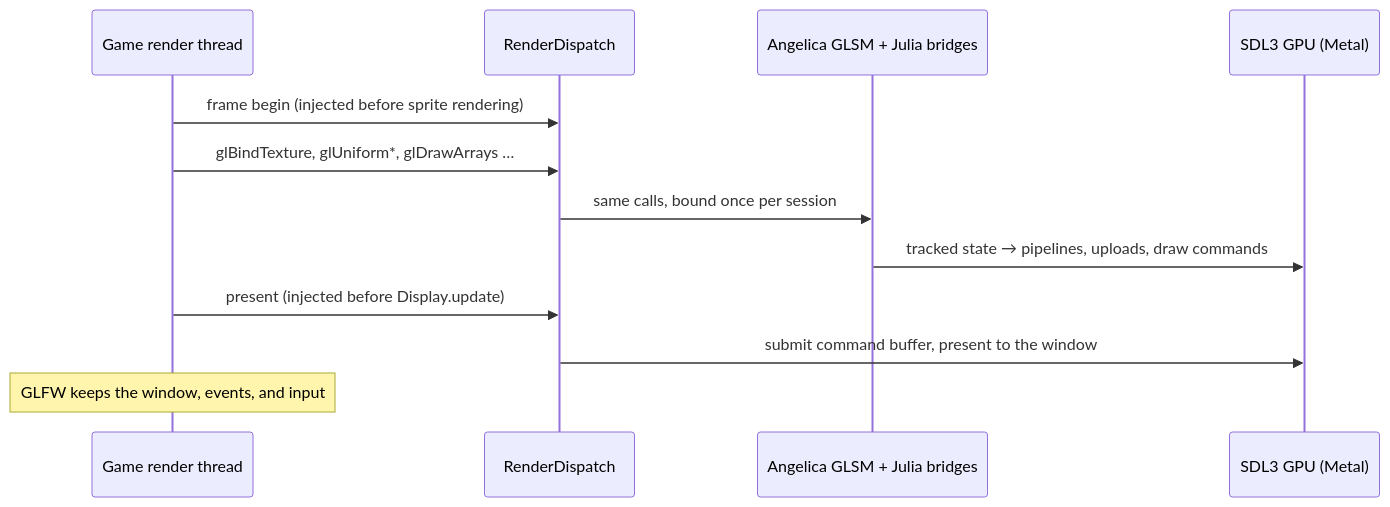
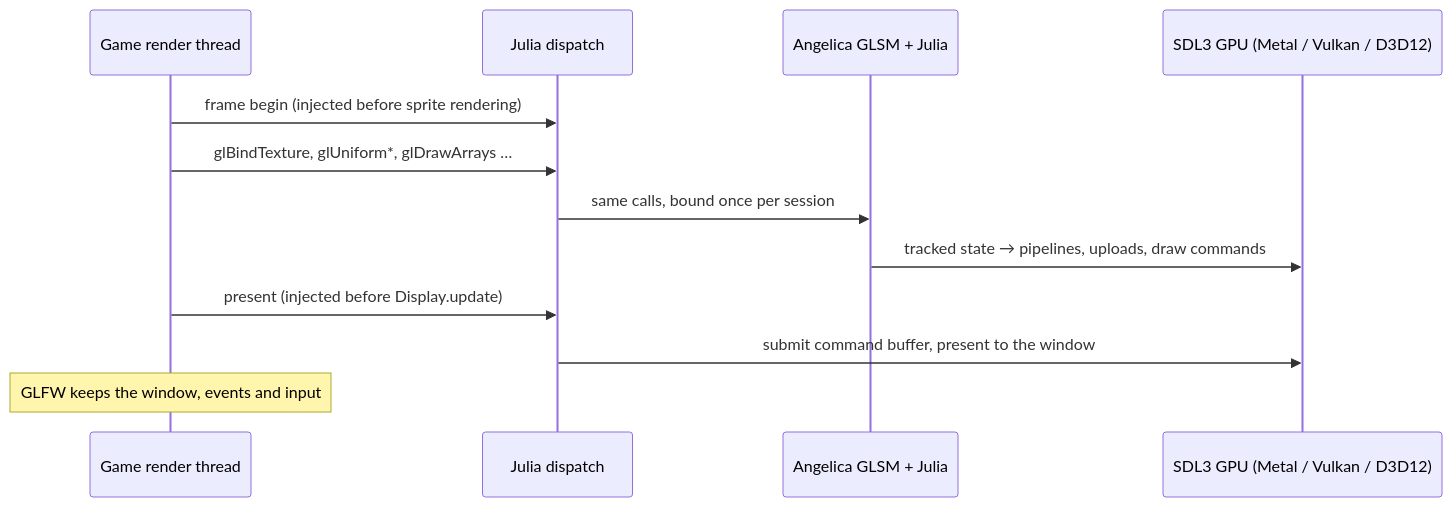
Before and after one commit to fopwoc/julia-pz: the second of 2 diagrams in README.md, drawn with Mermaid. The commit also changed other lines of this file and 1 other file, not shown here.

````diff
--- a/README.md
+++ b/README.md
@@ -31,14 +132,14 @@
 ```mermaid
 sequenceDiagram
     participant PZ as Game render thread
-    participant RD as RenderDispatch
-    participant GLSM as Angelica GLSM + Julia bridges
-    participant GPU as SDL3 GPU (Metal)
+    participant RD as Julia dispatch
+    participant GLSM as Angelica GLSM + Julia
+    participant GPU as SDL3 GPU (Metal / Vulkan / D3D12)
     PZ->>RD: frame begin (injected before sprite rendering)
     PZ->>RD: glBindTexture, glUniform*, glDrawArrays …
     RD->>GLSM: same calls, bound once per session
     GLSM->>GPU: tracked state → pipelines, uploads, draw commands
     PZ->>RD: present (injected before Display.update)
     RD->>GPU: submit command buffer, present to the window
-    Note over PZ: GLFW keeps the window, events, and input
+    Note over PZ: GLFW keeps the window, events and input
 ```
````
